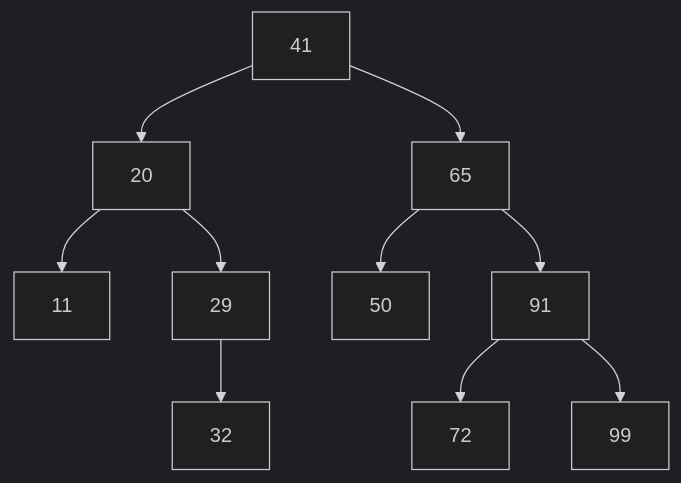
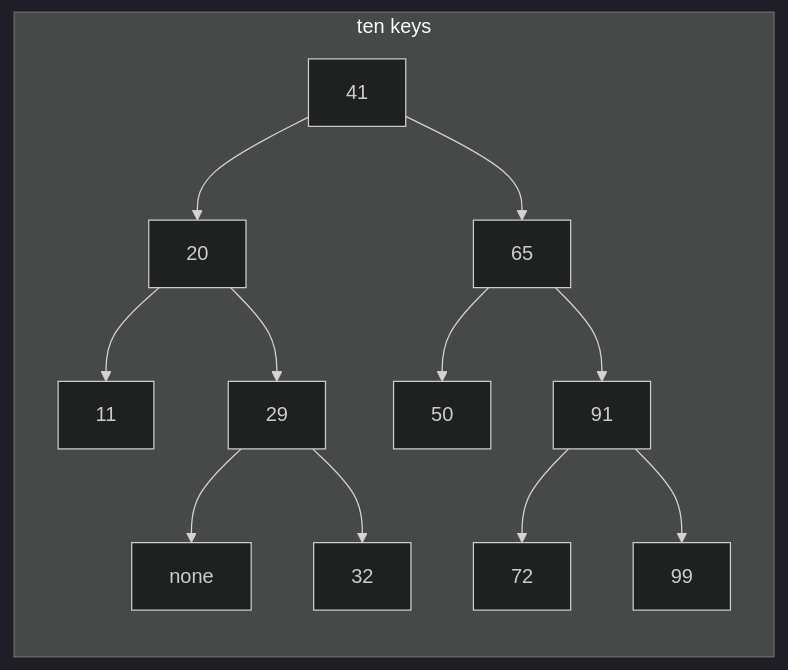
One commit to bkuberek/coding-study changed the first of 4 diagrams in guides/binary-search-trees/guide.md. Above: the diagram before and after it, drawn with Mermaid (dark theme). The commit also changed other lines of this file and 27 other files, not shown here.

First line of the commit message:
fix(guides): keep tree drawings' children under their parents and cut two hints

````diff
--- a/guides/binary-search-trees/guide.md
+++ b/guides/binary-search-trees/guide.md
@@ -26,14 +26,18 @@
 ```mermaid
-flowchart TD
+flowchart LR
   accTitle: A binary search tree of ten keys
-  accDescr: 41 is the root. Its left child is 20, with children 11 and 29; 29 has a single right child, 32. Its right child is 65, with children 50 and 91; 91 has children 72 and 99.
-  k41["41"] --> k20["20"]
-  k41 --> k65["65"]
-  k20 --> k11["11"]
-  k20 --> k29["29"]
-  k29 --> k32["32"]
-  k65 --> k50["50"]
-  k65 --> k91["91"]
-  k91 --> k72["72"]
-  k91 --> k99["99"]
+  accDescr: 41 is the root. Its left child is 20, with children 11 and 29; 29 has no left child, marked none, and a single right child, 32. Its right child is 65, with children 50 and 91; 91 has children 72 and 99.
+  subgraph tree["ten keys"]
+    direction TB
+    k41["41"] --> k20["20"]
+    k41 --> k65["65"]
+    k20 --> k11["11"]
+    k20 --> k29["29"]
+    k29 --> n29["none"]
+    k29 --> k32["32"]
+    k65 --> k50["50"]
+    k65 --> k91["91"]
+    k91 --> k72["72"]
+    k91 --> k99["99"]
+  end
 ```
````
